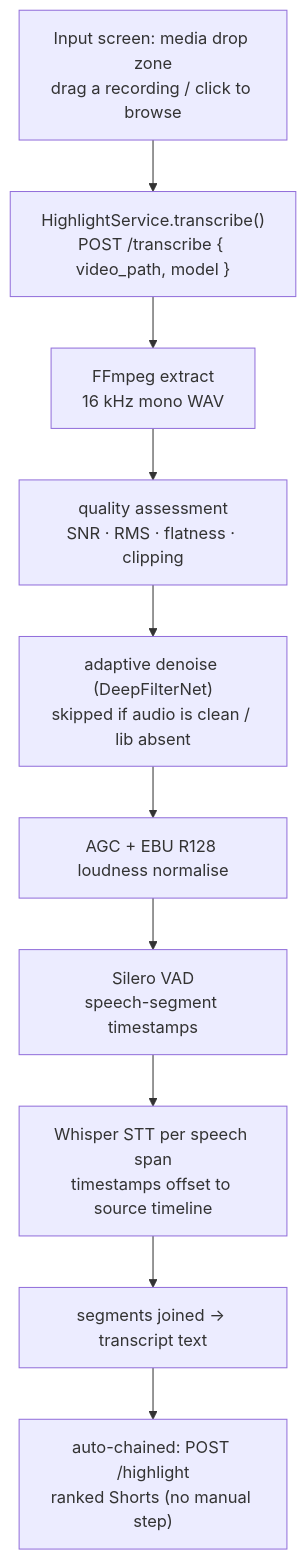
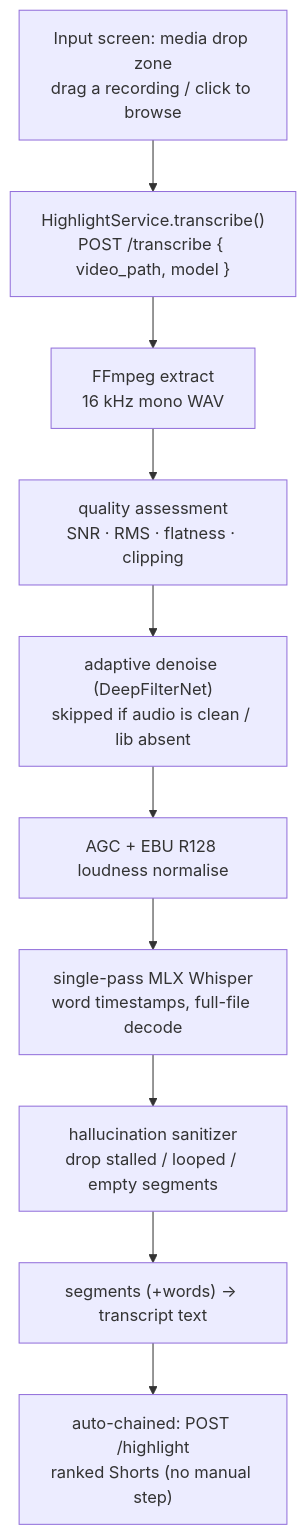
The diagram in docs/transcription-workflow.md (angiebow/apple-tldw), drawn with Mermaid before and after one commit. The commit also changed other lines of this file and 19 other files, not shown here.

````diff
--- a/docs/transcription-workflow.md
+++ b/docs/transcription-workflow.md
@@ -22,12 +22,12 @@
 ```mermaid
 flowchart TD
     A["Input screen: media drop zone<br/>drag a recording / click to browse"] --> B["HighlightService.transcribe()<br/>POST /transcribe { video_path, model }"]
     B --> C["FFmpeg extract<br/>16 kHz mono WAV"]
     C --> D["quality assessment<br/>SNR · RMS · flatness · clipping"]
     D --> E["adaptive denoise (DeepFilterNet)<br/>skipped if audio is clean / lib absent"]
     E --> F["AGC + EBU R128 loudness normalise"]
-    F --> G["Silero VAD<br/>speech-segment timestamps"]
-    G --> H["Whisper STT per speech span<br/>timestamps offset to source timeline"]
-    H --> I["segments joined → transcript text"]
+    F --> G["single-pass MLX Whisper<br/>word timestamps, full-file decode"]
+    G --> H["hallucination sanitizer<br/>drop stalled / looped / empty segments"]
+    H --> I["segments (+words) → transcript text"]
     I --> J["auto-chained: POST /highlight<br/>ranked Shorts (no manual step)"]
 ```
````
